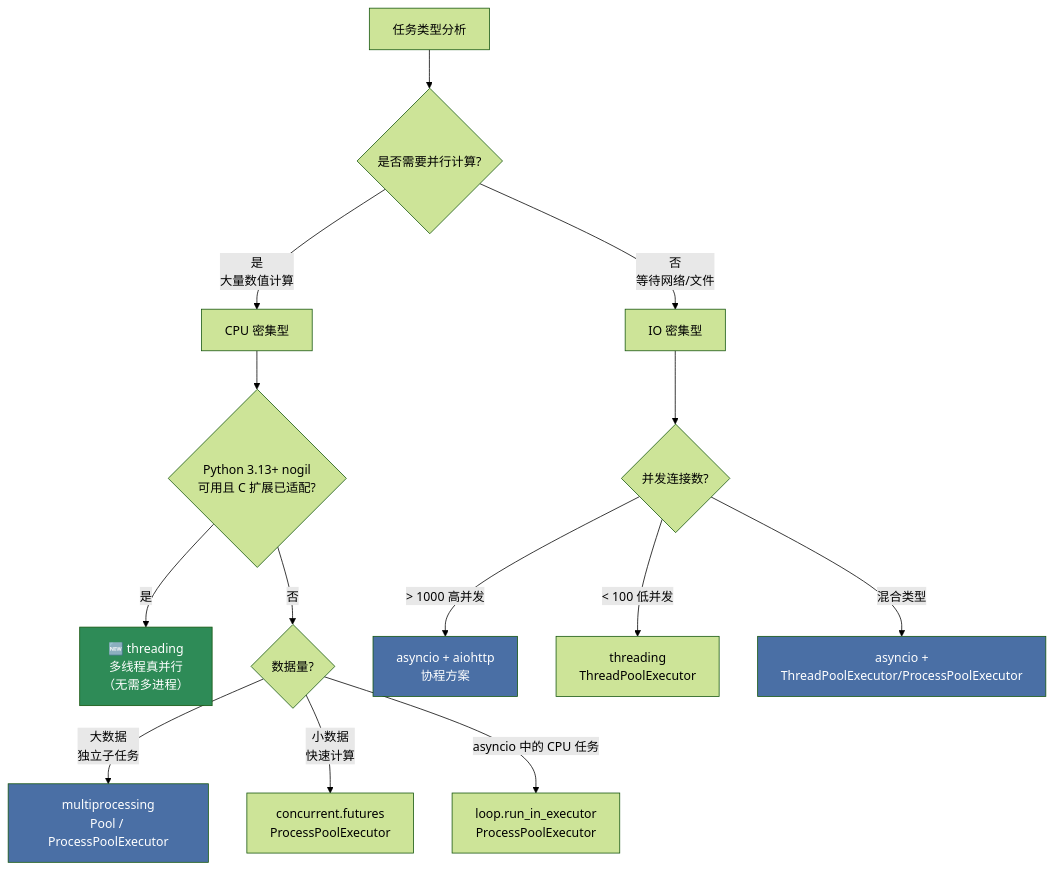
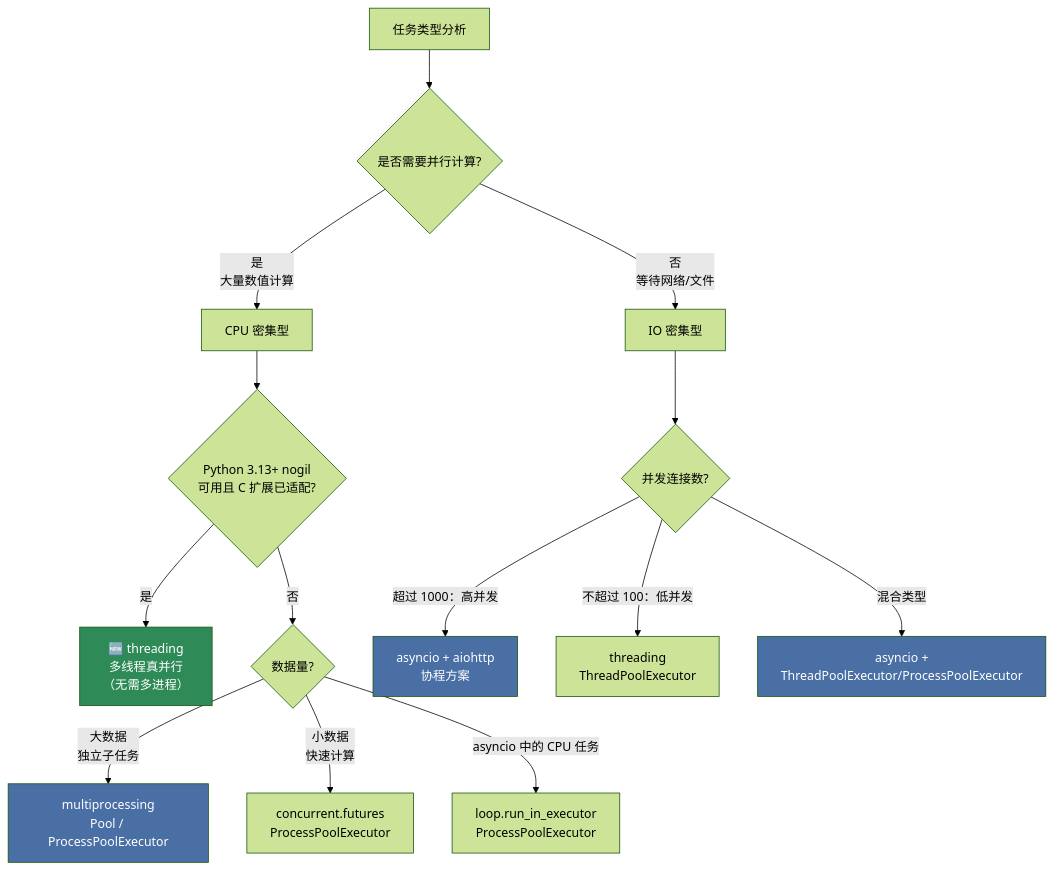
The fifth of 5 diagrams in 05_Python并发编程.md (BeefWrap4/LLM-Knowledge-Base), drawn with Mermaid (forest theme) before and after one commit. The commit also changed 12 other files, not shown here.

Commit message:
Fix Mermaid markdown label rendering

````diff
--- a/05_Python并发编程.md
+++ b/05_Python并发编程.md
@@ -993,23 +993,23 @@
 ```mermaid
 flowchart TD
     A[任务类型分析] --> B{是否需要并行计算?}
     B -->|是<br/>大量数值计算| C[CPU 密集型]
     B -->|否<br/>等待网络/文件| D[IO 密集型]
     
     C --> C1{Python 3.13+ nogil<br/>可用且 C 扩展已适配?}
     C1 -->|是| C2["🆕 threading<br/>多线程真并行<br/>（无需多进程）"]
     C1 -->|否| E{数据量?}
     E -->|大数据<br/>独立子任务| F["multiprocessing<br/>Pool / ProcessPoolExecutor"]
     E -->|小数据<br/>快速计算| G["concurrent.futures<br/>ProcessPoolExecutor"]
     E -->|asyncio 中的 CPU 任务| H["loop.run_in_executor<br/>ProcessPoolExecutor"]
     
     D --> I{并发连接数?}
-    I -->|> 1000 高并发| J["asyncio + aiohttp<br/>协程方案"]
-    I -->|< 100 低并发| K["threading<br/>ThreadPoolExecutor"]
+    I -->|超过 1000：高并发| J["asyncio + aiohttp<br/>协程方案"]
+    I -->|不超过 100：低并发| K["threading<br/>ThreadPoolExecutor"]
     I -->|混合类型| L["asyncio +<br/>ThreadPoolExecutor/ProcessPoolExecutor"]
     
     style C2 fill:#2E8B57,color:#fff
     style F fill:#4A6FA5,color:#fff
     style J fill:#4A6FA5,color:#fff
     style L fill:#4A6FA5,color:#fff
 ```
````
